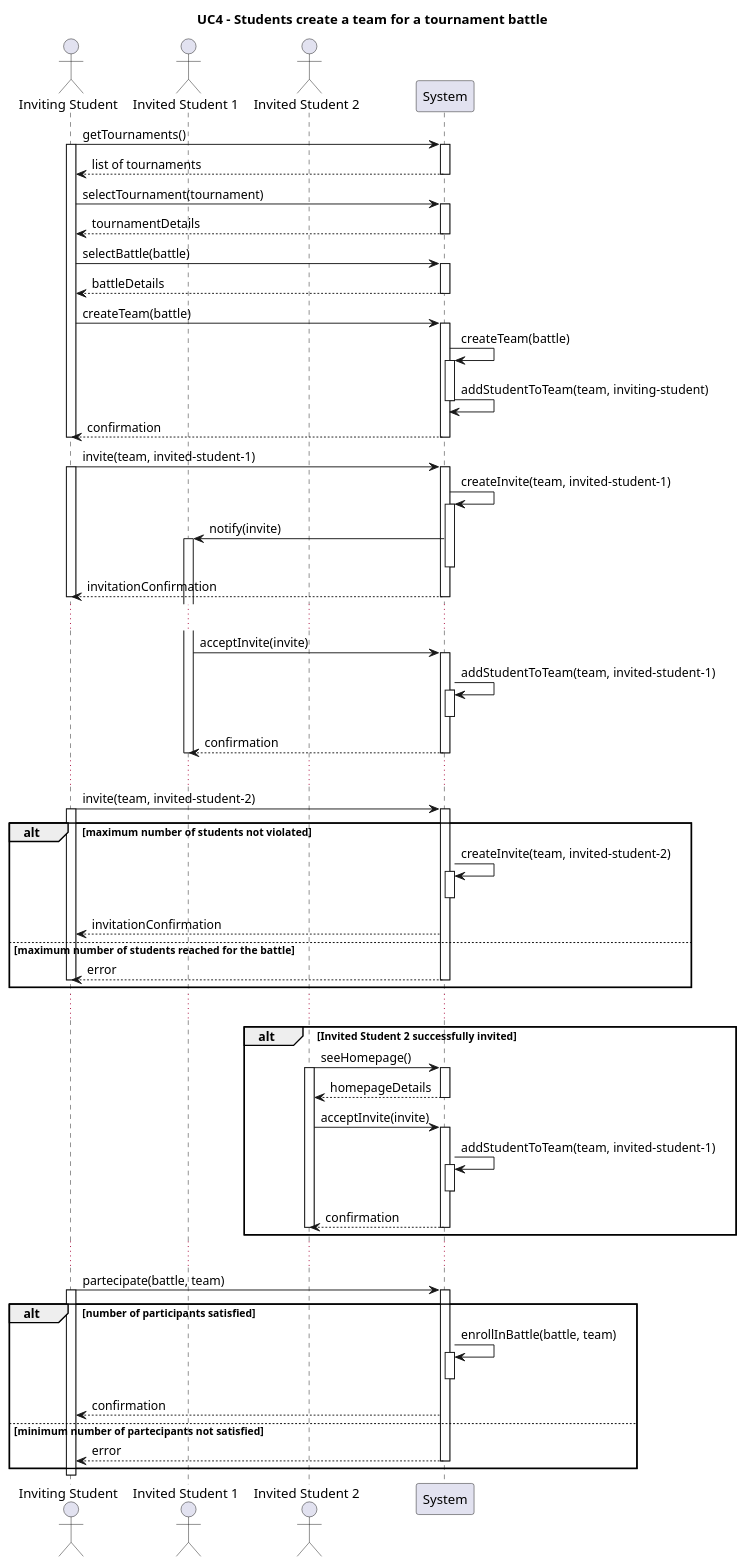
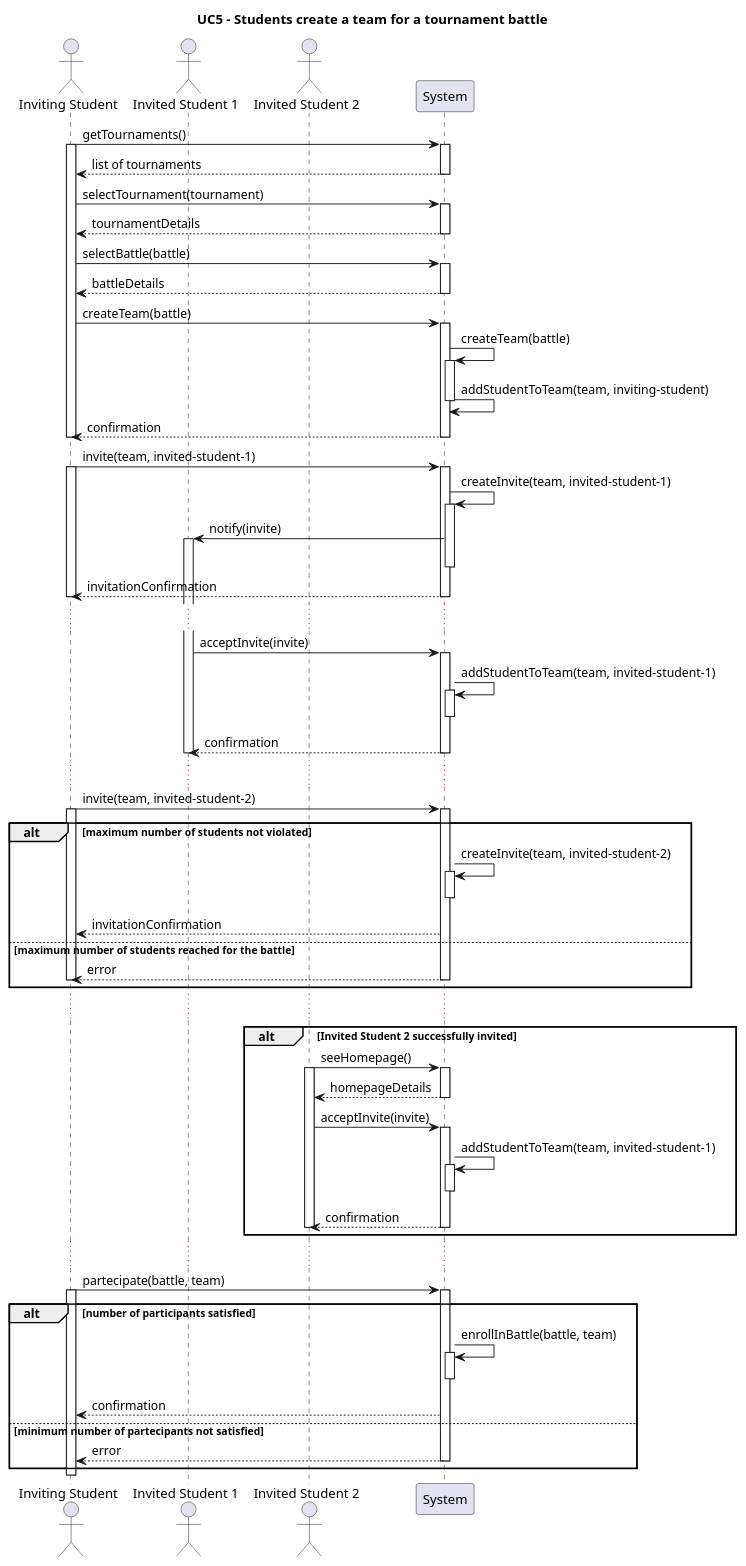
Before and after one commit to Furrrlo/CodeKataBattle: the diagram in rasd/puml/UC5.puml, drawn with PlantUML. The commit also changed 5 other files, not shown here.

Commit message:
Fix seq diagram titles

```diff
--- a/rasd/puml/UC5.puml
+++ b/rasd/puml/UC5.puml
@@ -1,75 +1,75 @@
-@startuml UC4
-title UC4 - Students create a team for a tournament battle   
+@startuml UC5
+title UC5 - Students create a team for a tournament battle   
 actor "Inviting Student" as inviting
 actor "Invited Student 1" as notif
 actor "Invited Student 2" as invited
 participant System
 
 inviting -> System ++: getTournaments()
 activate inviting
 System --> inviting--: list of tournaments
 
 inviting -> System ++ : selectTournament(tournament)
 
 inviting <-- System -- : tournamentDetails
 
 inviting -> System ++ : selectBattle(battle)
 inviting <-- System -- : battleDetails
 
 inviting -> System ++ : createTeam(battle)
 System -> System ++ : createTeam(battle)
 System -> System -- : addStudentToTeam(team, inviting-student)
 inviting <-- System -- : confirmation
 deactivate inviting
 
 inviting -> System ++ : invite(team, invited-student-1)
 activate inviting
 System -> System ++ : createInvite(team, invited-student-1)
 notif <- System  ++-- : notify(invite)
 inviting <-- System -- : invitationConfirmation
 deactivate inviting
 
 ...
 
 notif -> System ++ : acceptInvite(invite)
 System -> System ++-- : addStudentToTeam(team, invited-student-1)
 notif <-- System -- : confirmation
 deactivate notif
 
 ...
 
 inviting -> System ++ : invite(team, invited-student-2)
 alt maximum number of students not violated
         activate inviting
         System -> System ++-- : createInvite(team, invited-student-2)
         inviting <-- System  : invitationConfirmation
         
     else maximum number of students reached for the battle
         inviting <-- System -- : error
         deactivate inviting
 end
     ...
 
 alt Invited Student 2 successfully invited
     invited -> System ++ : seeHomepage()
     activate invited
     invited <-- System -- : homepageDetails
 
     invited -> System ++ : acceptInvite(invite)
     System -> System ++-- : addStudentToTeam(team, invited-student-1)
     invited <-- System -- : confirmation
     deactivate invited
 end
 
 ...
 inviting -> System ++ : partecipate(battle, team)
 alt number of participants satisfied
     activate inviting
     System -> System ++-- : enrollInBattle(battle, team)
     inviting <-- System : confirmation
 else minimum number of partecipants not satisfied
     inviting <-- System -- : error
 end
 deactivate inviting
 
 @enduml
```
